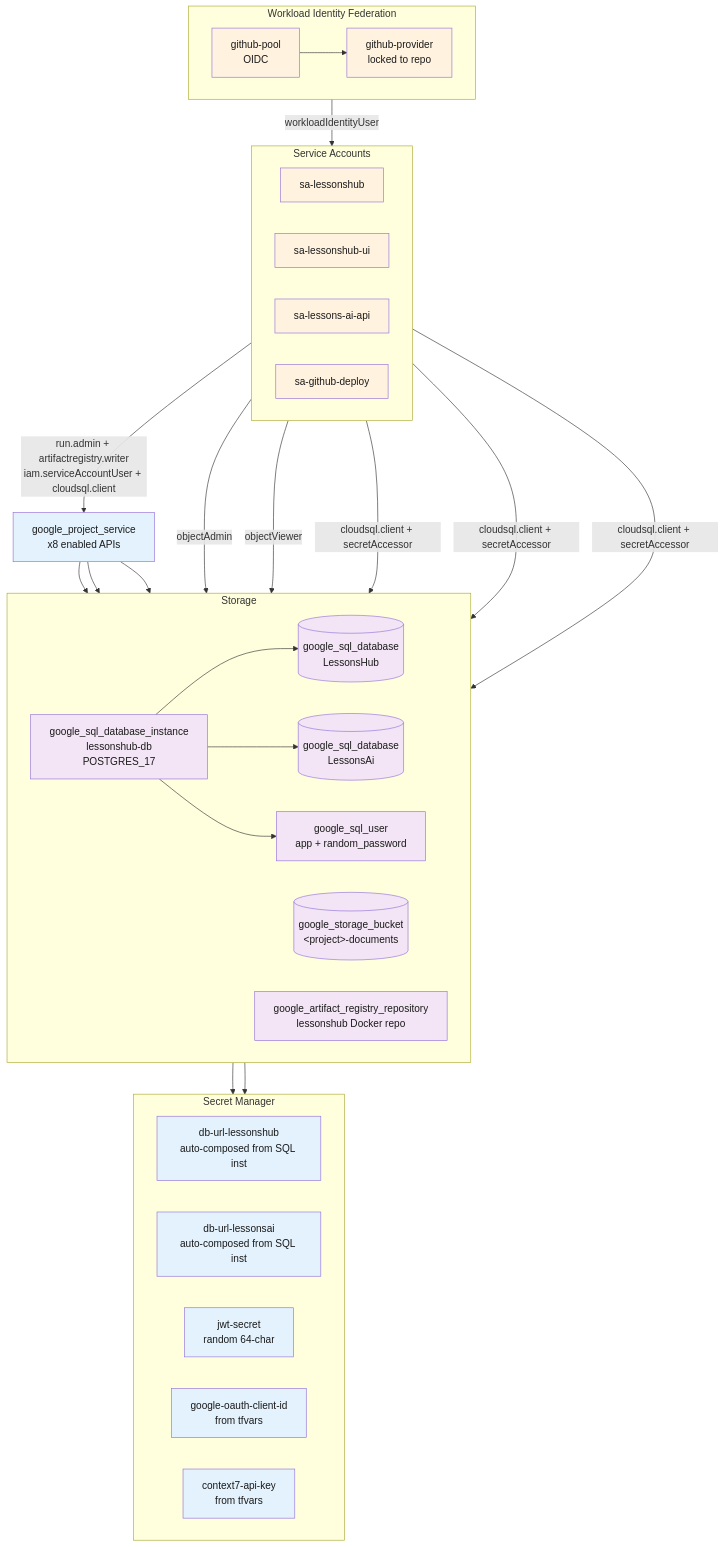
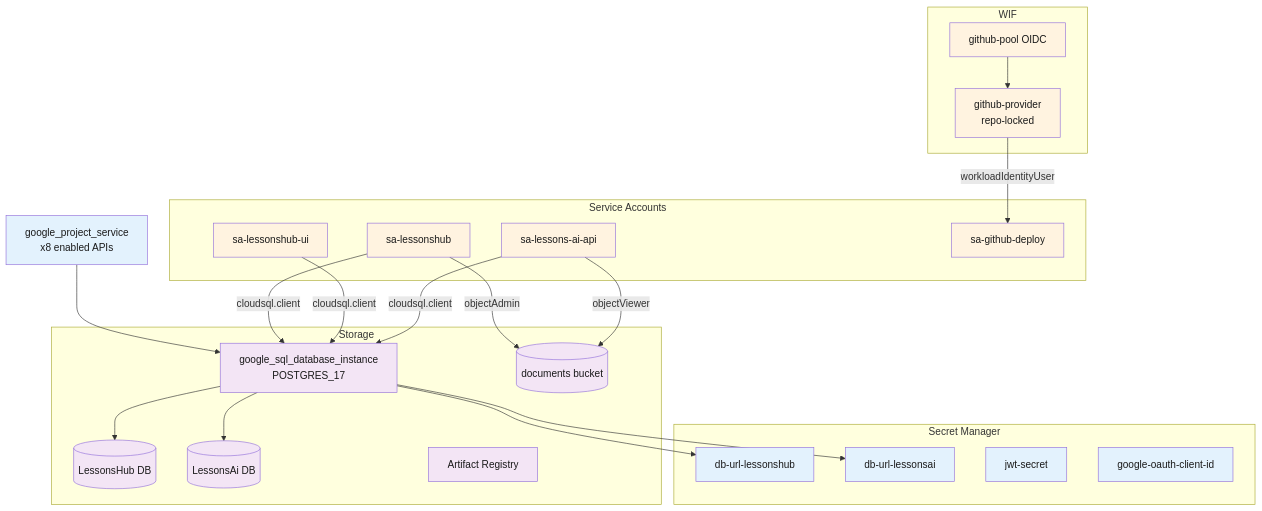
One commit to Dockdep/LessonHub changed the first of 2 diagrams in diagrams/02-infrastructure-terraform.md. Above: the diagram before and after it, drawn with Mermaid. The commit also changed other lines of this file and 36 other files, not shown here.

````diff
--- a/diagrams/02-infrastructure-terraform.md
+++ b/diagrams/02-infrastructure-terraform.md
@@ -9,61 +9,48 @@
 ```mermaid
 flowchart TD
-  classDef external stroke-dasharray: 5 5,fill:#fff8e7,color:#1a1a1a
   classDef internal fill:#e3f2fd,color:#1a1a1a
   classDef data fill:#f3e5f5,color:#1a1a1a
   classDef iam fill:#fff3e0,color:#1a1a1a
 
   apis[google_project_service<br/>x8 enabled APIs]:::internal
 
   subgraph storage[Storage]
-    direction LR
-    sql_inst[google_sql_database_instance<br/>lessonshub-db<br/>POSTGRES_17]:::data
-    db1[(google_sql_database<br/>LessonsHub)]:::data
-    db2[(google_sql_database<br/>LessonsAi)]:::data
-    sql_user[google_sql_user<br/>app + random_password]:::data
-    bucket[("google_storage_bucket<br/>&lt;project&gt;-documents")]:::data
-    ar[google_artifact_registry_repository<br/>lessonshub Docker repo]:::data
+    sql_inst[google_sql_database_instance<br/>POSTGRES_17]:::data
+    db1[(LessonsHub DB)]:::data
+    db2[(LessonsAi DB)]:::data
+    bucket[("documents bucket")]:::data
+    ar[Artifact Registry]:::data
   end
 
   subgraph secrets_block[Secret Manager]
-    direction LR
-    s1[db-url-lessonshub<br/>auto-composed from SQL inst]:::internal
-    s2[db-url-lessonsai<br/>auto-composed from SQL inst]:::internal
-    s3[jwt-secret<br/>random 64-char]:::internal
-    s4[google-oauth-client-id<br/>from tfvars]:::internal
-    s5[context7-api-key<br/>from tfvars]:::internal
+    s1[db-url-lessonshub]:::internal
+    s2[db-url-lessonsai]:::internal
+    s3[jwt-secret]:::internal
+    s4[google-oauth-client-id]:::internal
   end
 
   subgraph identities[Service Accounts]
-    direction LR
     sa_api[sa-lessonshub]:::iam
     sa_ui[sa-lessonshub-ui]:::iam
     sa_ai[sa-lessons-ai-api]:::iam
     sa_gh[sa-github-deploy]:::iam
   end
 
-  subgraph wif_block[Workload Identity Federation]
-    direction LR
-    pool[github-pool<br/>OIDC]:::iam
-    provider[github-provider<br/>locked to repo]:::iam
+  subgraph wif_block[WIF]
+    pool[github-pool OIDC]:::iam
+    provider[github-provider<br/>repo-locked]:::iam
   end
 
   apis --> sql_inst
-  apis --> ar
-  apis --> bucket
   sql_inst --> db1
   sql_inst --> db2
-  sql_inst --> sql_user
-  sql_user --> s1
-  sql_user --> s2
-
+  sql_inst --> s1
+  sql_inst --> s2
   sa_api -- objectAdmin --> bucket
   sa_ai -- objectViewer --> bucket
-  sa_api -- cloudsql.client + secretAccessor --> sql_inst
-  sa_ui -- cloudsql.client + secretAccessor --> sql_inst
-  sa_ai -- cloudsql.client + secretAccessor --> sql_inst
-
-  sa_gh -- run.admin + artifactregistry.writer<br/>iam.serviceAccountUser + cloudsql.client --> apis
+  sa_api -- cloudsql.client --> sql_inst
+  sa_ui -- cloudsql.client --> sql_inst
+  sa_ai -- cloudsql.client --> sql_inst
   pool --> provider
   provider -- workloadIdentityUser --> sa_gh
 ```
````
